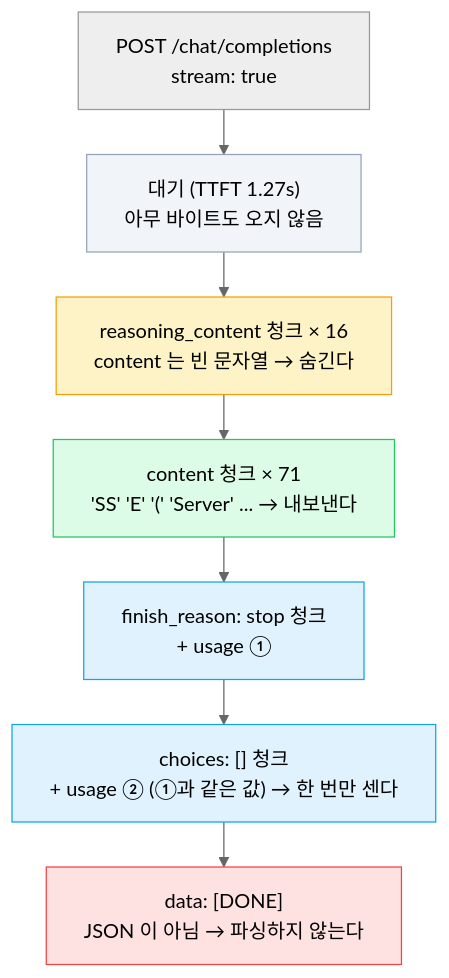
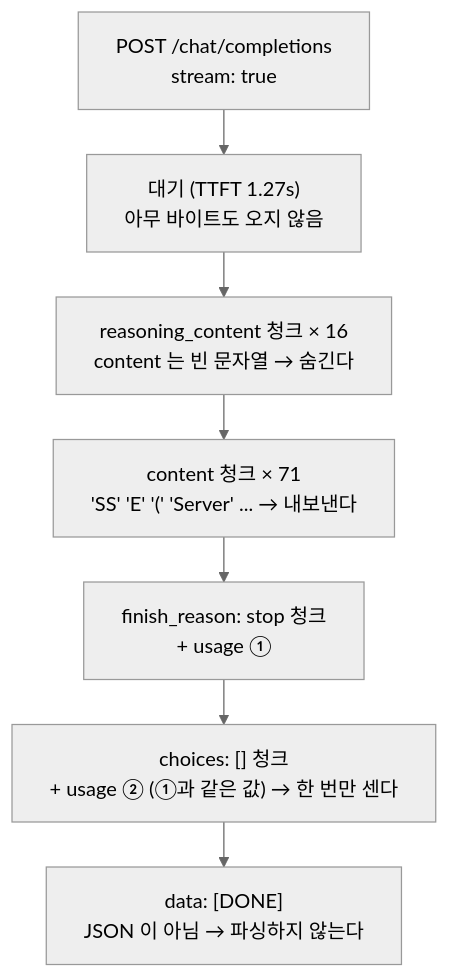
One commit to rojae/rojae.github.io changed the diagram in _posts/2026-09-26-sse-revisited-for-llm-streaming.md. Above: the diagram before and after it, drawn with Mermaid (neutral theme). The commit also changed other lines of this file and 55 other files, not shown here.

Commit message:
docs: 2026-09-25 이후 글 11편 개편 (SSE·LiteLLM·MCP·심화 문답·FluxGate·해외 본인인증·GLM·가비아 메일·설계 회고·zcode·Two Sum), 다이어그램·표·mermaid 모바일 가독성 공통 개선

````diff
--- a/_posts/2026-09-26-sse-revisited-for-llm-streaming.md
+++ b/_posts/2026-09-26-sse-revisited-for-llm-streaming.md
@@ -255,17 +128,10 @@
 ```mermaid
 %%{init: {"flowchart": {"wrappingWidth": 480, "nodeSpacing": 30, "rankSpacing": 36}}}%%
 flowchart TB
     REQ["POST /chat/completions<br/>stream: true"] --> W["대기 (TTFT 1.27s)<br/>아무 바이트도 오지 않음"]
     W --> R1["reasoning_content 청크 × 16<br/>content 는 빈 문자열 → 숨긴다"]
     R1 --> C1["content 청크 × 71<br/>'SS' 'E' '(' 'Server' ... → 내보낸다"]
     C1 --> FIN["finish_reason: stop 청크<br/>+ usage ①"]
     FIN --> US["choices: [] 청크<br/>+ usage ② (①과 같은 값) → 한 번만 센다"]
     US --> DONE["data: [DONE]<br/>JSON 이 아님 → 파싱하지 않는다"]
-
-    style W fill:#f1f5f9,stroke:#94a3b8
-    style R1 fill:#fef3c7,stroke:#f59e0b
-    style C1 fill:#dcfce7,stroke:#22c55e
-    style FIN fill:#e0f2fe,stroke:#0ea5e9
-    style US fill:#e0f2fe,stroke:#0ea5e9
-    style DONE fill:#fee2e2,stroke:#ef4444
 ```
````
